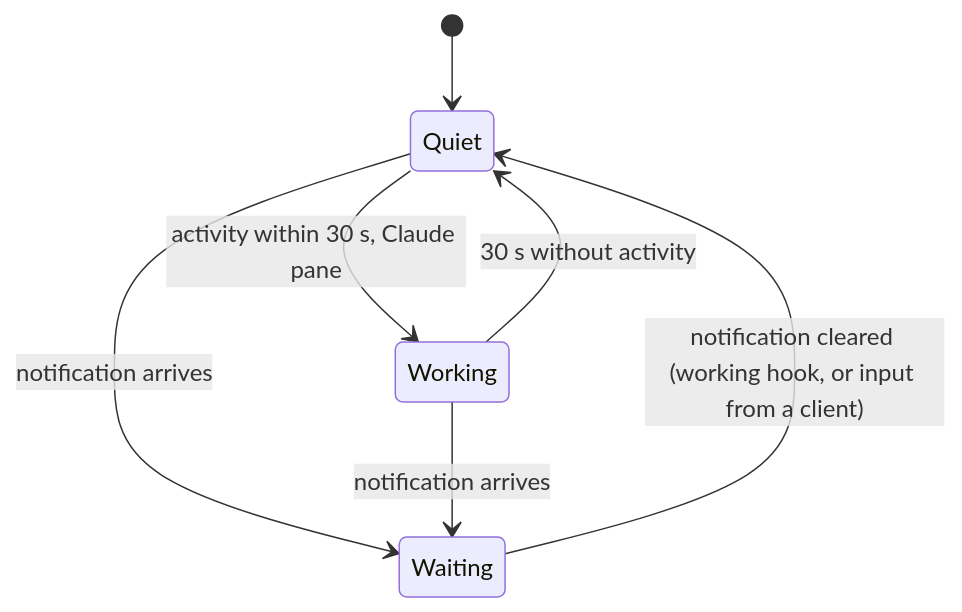
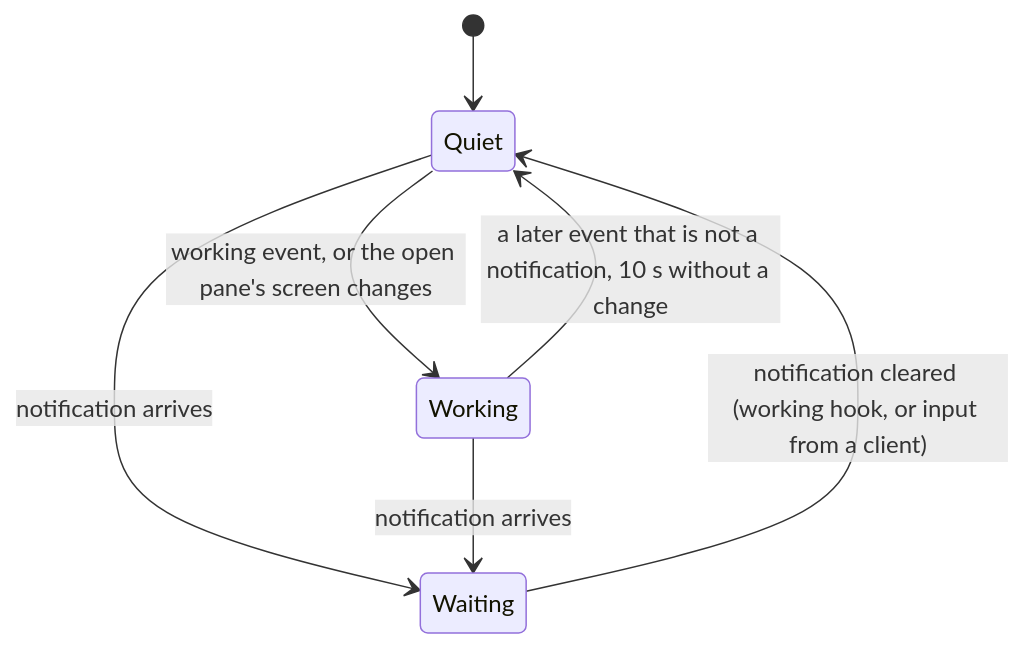
The diagram in docs/features/lenses.md (notmarkopadjen/muxway-android), drawn with Mermaid before and after one commit. The commit also changed other lines of this file and 4 other files, not shown here.

````diff
--- a/docs/features/lenses.md
+++ b/docs/features/lenses.md
@@ -30,9 +31,9 @@
 ```mermaid
 stateDiagram-v2
     [*] --> Quiet
-    Quiet --> Working: activity within 30 s, Claude pane
-    Working --> Quiet: 30 s without activity
+    Quiet --> Working: working event, or the open pane's screen changes
+    Working --> Quiet: a later event that is not a notification, 10 s without a change
     Quiet --> Waiting: notification arrives
     Working --> Waiting: notification arrives
     Waiting --> Quiet: notification cleared (working hook, or input from a client)
 ```
````
